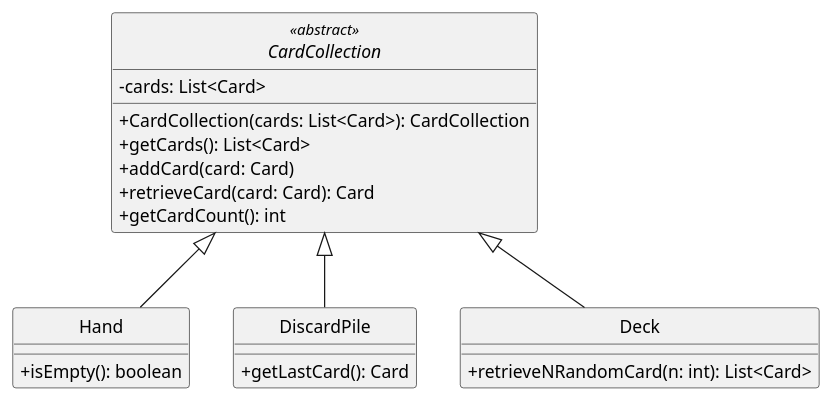
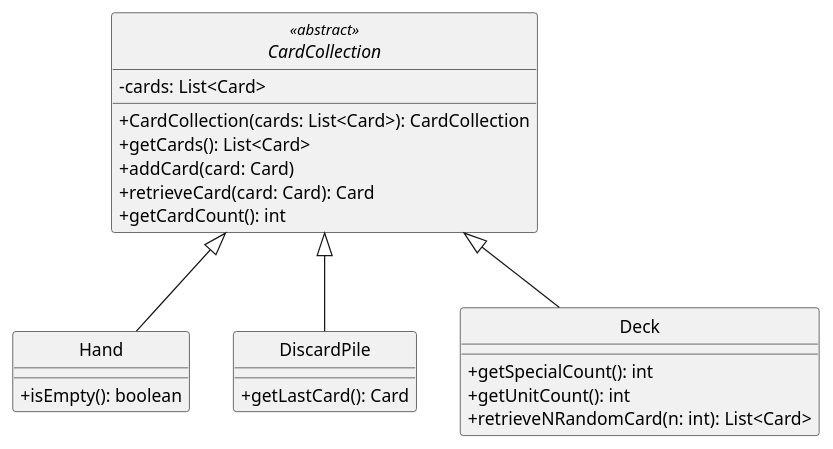
The diagram in diagrams/classes/cardCollection.plantuml (Yonhir/algo3_proyecto_base_tp2), drawn with PlantUML before and after one commit.

Commit message:
métodos agregados en clase Deck

```diff
--- a/diagrams/classes/cardCollection.plantuml
+++ b/diagrams/classes/cardCollection.plantuml
@@ -1,40 +1,42 @@
 @startuml
 
 skinparam monochrome true
 hide circle
 skinparam classAttributeIconSize 0
 
 ' =====================
 ' CARD COLLECTION
 ' =====================
 
 abstract class CardCollection <<abstract>> {
   -cards: List<Card>
   +CardCollection(cards: List<Card>): CardCollection
   +getCards(): List<Card>
   +addCard(card: Card)
   +retrieveCard(card: Card): Card
   +getCardCount(): int
 }
 
 class Hand {
   +isEmpty(): boolean
 }
 
 class DiscardPile {
   +getLastCard(): Card
 }
 
 class Deck {
+  +getSpecialCount(): int
+  +getUnitCount(): int
   +retrieveNRandomCard(n: int): List<Card>
 }
 
 ' =====================
 ' RELATIONSHIPS
 ' =====================
 
 CardCollection <|-- Hand
 CardCollection <|-- DiscardPile
 CardCollection <|-- Deck
 
 @enduml
```
